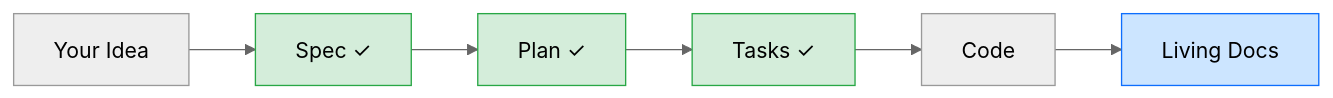
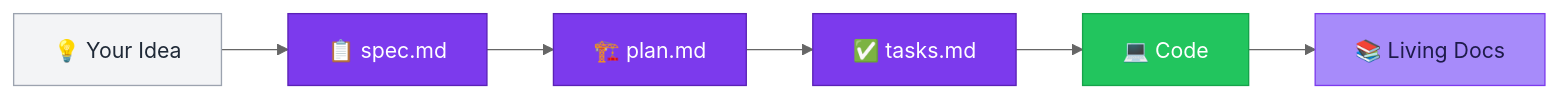
One commit to anton-abyzov/specweave changed the diagram in docs-site/docs/intro.md. Above: the diagram before and after it, drawn with Mermaid (neutral theme). The commit also changed other lines of this file and 54 other files, not shown here.

````diff
--- a/docs-site/docs/intro.md
+++ b/docs-site/docs/intro.md
@@ -74,13 +82,15 @@
 ```mermaid
 flowchart LR
-    A["Your Idea"] --> B["Spec ✓"]
-    B --> C["Plan ✓"]
-    C --> D["Tasks ✓"]
-    D --> E["Code"]
-    E --> F["Living Docs"]
+    A["💡 Your Idea"] --> B["📋 spec.md"]
+    B --> C["🏗️ plan.md"]
+    C --> D["✅ tasks.md"]
+    D --> E["💻 Code"]
+    E --> F["📚 Living Docs"]
 
-    style B fill:#d4edda,stroke:#28a745
-    style C fill:#d4edda,stroke:#28a745
-    style D fill:#d4edda,stroke:#28a745
-    style F fill:#cce5ff,stroke:#0d6efd
+    style A fill:#f3f4f6,stroke:#9ca3af,color:#1f2937
+    style B fill:#7c3aed,stroke:#5b21b6,color:#fff
+    style C fill:#7c3aed,stroke:#5b21b6,color:#fff
+    style D fill:#7c3aed,stroke:#5b21b6,color:#fff
+    style E fill:#22c55e,stroke:#16a34a,color:#fff
+    style F fill:#a78bfa,stroke:#7c3aed,color:#1e1b4b
 ```
````
